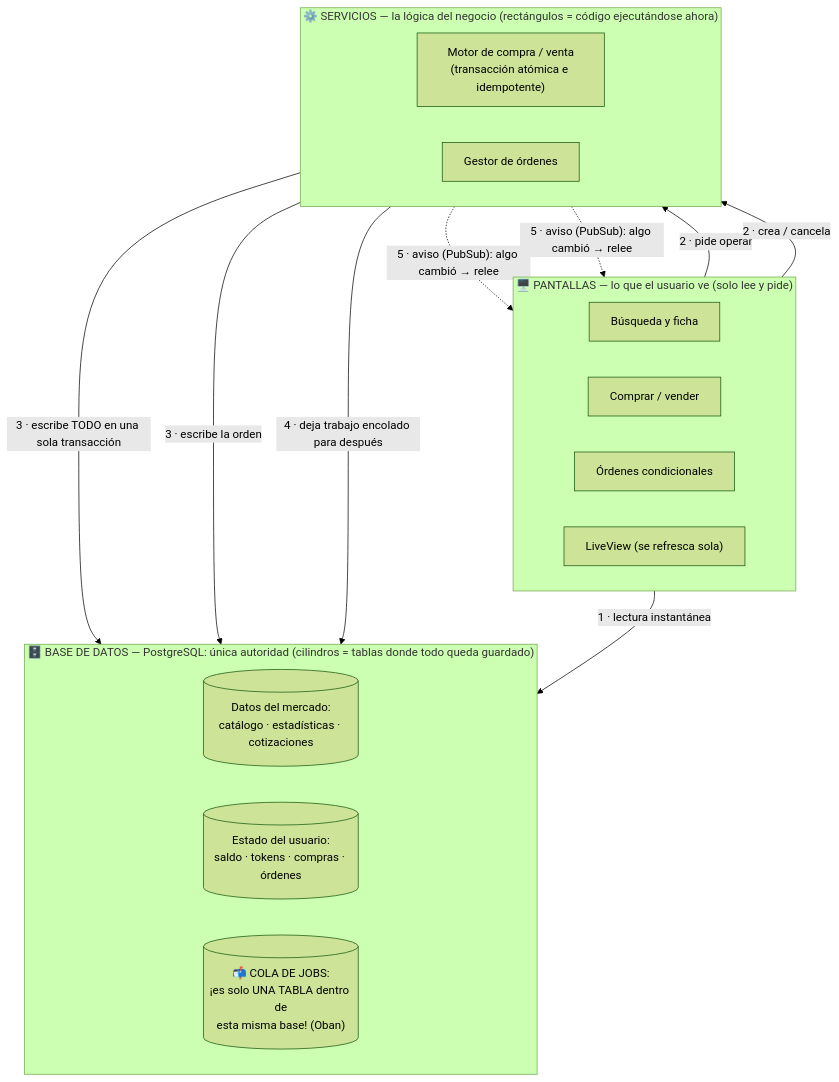
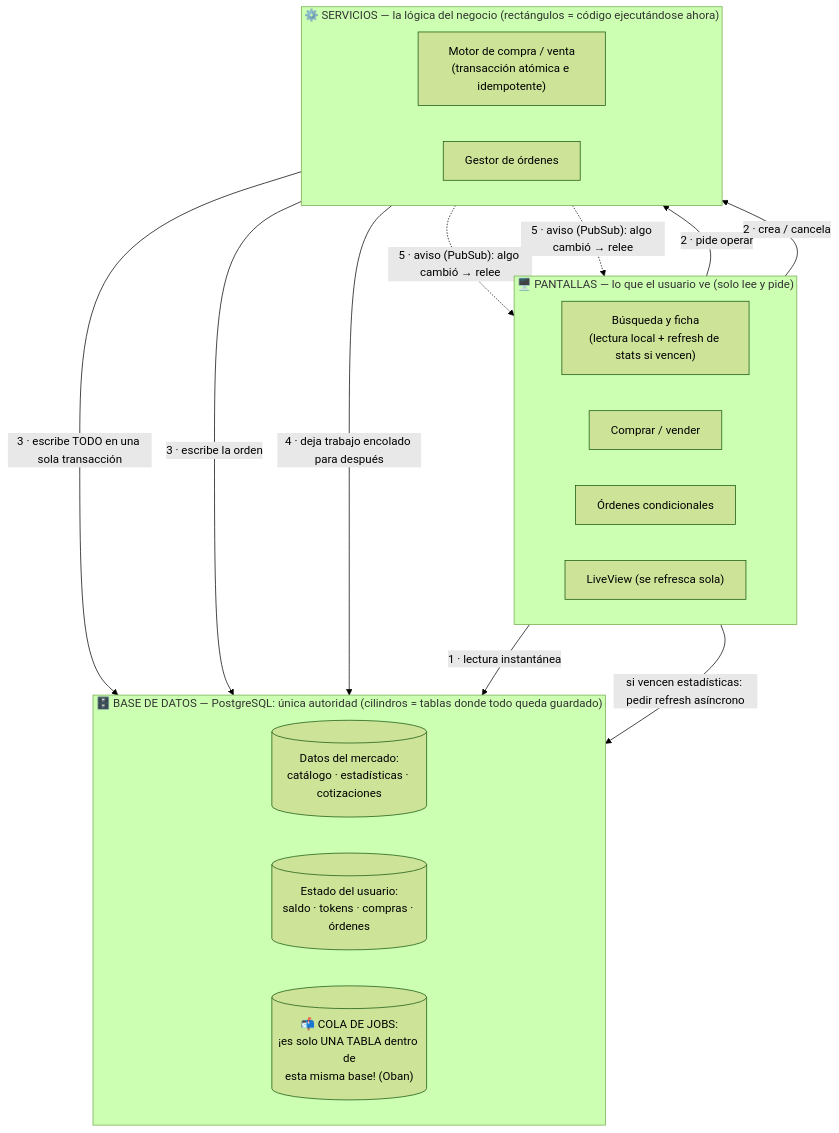
The first of 2 diagrams in docs/presentations/cp2_architectura_completa.md (CorreaSebastianEmanuel/desapp-grupo-m-2026s2), drawn with Mermaid (forest theme) before and after one commit. The commit also changed other lines of this file and 39 other files, not shown here.

````diff
--- a/docs/presentations/cp2_architectura_completa.md
+++ b/docs/presentations/cp2_architectura_completa.md
@@ -22,32 +22,33 @@
 ```mermaid
 flowchart TB
     subgraph UX["🖥️ PANTALLAS — lo que el usuario ve (solo lee y pide)"]
         direction LR
-        P1["Búsqueda y ficha"]
+        P1["Búsqueda y ficha<br/>(lectura local + refresh de stats si vencen)"]
         P2["Comprar / vender"]
         P3["Órdenes condicionales"]
         P4["LiveView (se refresca sola)"]
     end
 
     subgraph SVC["⚙️ SERVICIOS — la lógica del negocio (rectángulos = código ejecutándose ahora)"]
         direction LR
         S1["Motor de compra / venta<br/>(transacción atómica e idempotente)"]
         S2["Gestor de órdenes"]
     end
 
     subgraph DB["🗄️ BASE DE DATOS — PostgreSQL: única autoridad (cilindros = tablas donde todo queda guardado)"]
         direction LR
         D1[("Datos del mercado:<br/>catálogo · estadísticas · cotizaciones")]
         D2[("Estado del usuario:<br/>saldo · tokens · compras · órdenes")]
         Q[("📬 COLA DE JOBS:<br/>¡es solo UNA TABLA dentro de<br/>esta misma base! (Oban)")]
     end
 
     P1 -->|"1 · lectura instantánea"| D1
+    P1 -->|"si vencen estadísticas: pedir refresh asíncrono"| Q
     P2 -->|"2 · pide operar"| S1
     P3 -->|"2 · crea / cancela"| S2
     S1 -->|"3 · escribe TODO en una sola transacción"| D2
     S2 -->|"3 · escribe la orden"| D2
     S2 -->|"4 · deja trabajo encolado para después"| Q
     S1 -.->|"5 · aviso (PubSub): algo cambió → relee"| P4
     S2 -.->|"5 · aviso (PubSub): algo cambió → relee"| P4
 ```
````
